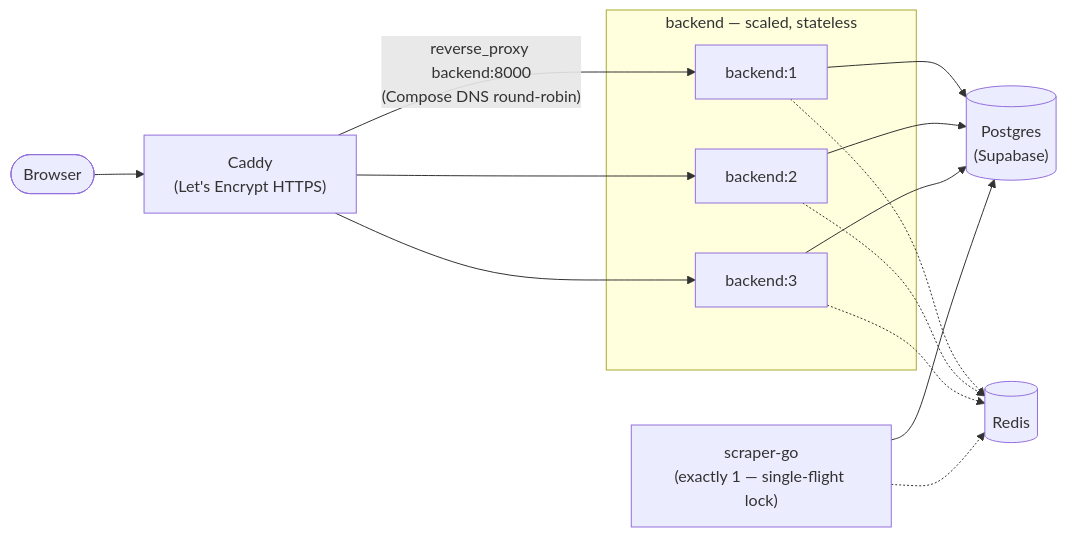
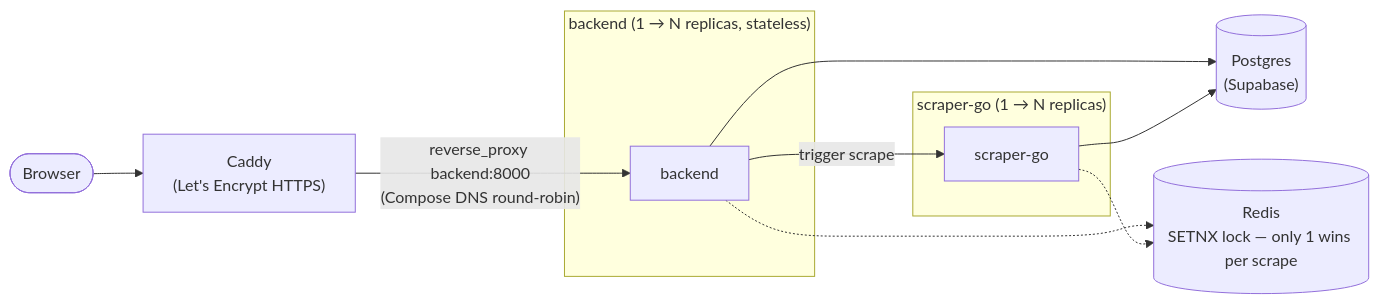
One commit to felpau05/Grocery-Store-Deal-Tracker changed the second of 2 diagrams in README.md. Above: the diagram before and after it, drawn with Mermaid. The commit also changed other lines of this file, not shown here.

````diff
--- a/README.md
+++ b/README.md
@@ -82,24 +70,24 @@
 ```mermaid
 flowchart LR
     Client(["Browser"])
     Caddy["Caddy\n(Let's Encrypt HTTPS)"]
 
-    subgraph Backend["backend — scaled, stateless"]
-        B1["backend:1"]
-        B2["backend:2"]
-        B3["backend:3"]
+    subgraph Backend["backend (1 → N replicas, stateless)"]
+        B["backend"]
     end
 
-    Scraper["scraper-go\n(exactly 1 — single-flight lock)"]
+    subgraph ScraperGroup["scraper-go (1 → N replicas)"]
+        S["scraper-go"]
+    end
+
     DB[("Postgres\n(Supabase)")]
-    Redis[("Redis")]
+    Redis[("Redis\nSETNX lock — only 1 wins per scrape")]
 
     Client --> Caddy
-    Caddy -- "reverse_proxy backend:8000\n(Compose DNS round-robin)" --> B1
-    Caddy --> B2
-    Caddy --> B3
-    B1 & B2 & B3 --> DB
-    B1 & B2 & B3 -.-> Redis
-    Scraper --> DB
-    Scraper -.-> Redis
+    Caddy -- "reverse_proxy backend:8000\n(Compose DNS round-robin)" --> B
+    B -- "trigger scrape" --> S
+    B --> DB
+    B -.-> Redis
+    S --> DB
+    S -.-> Redis
 ```
````
